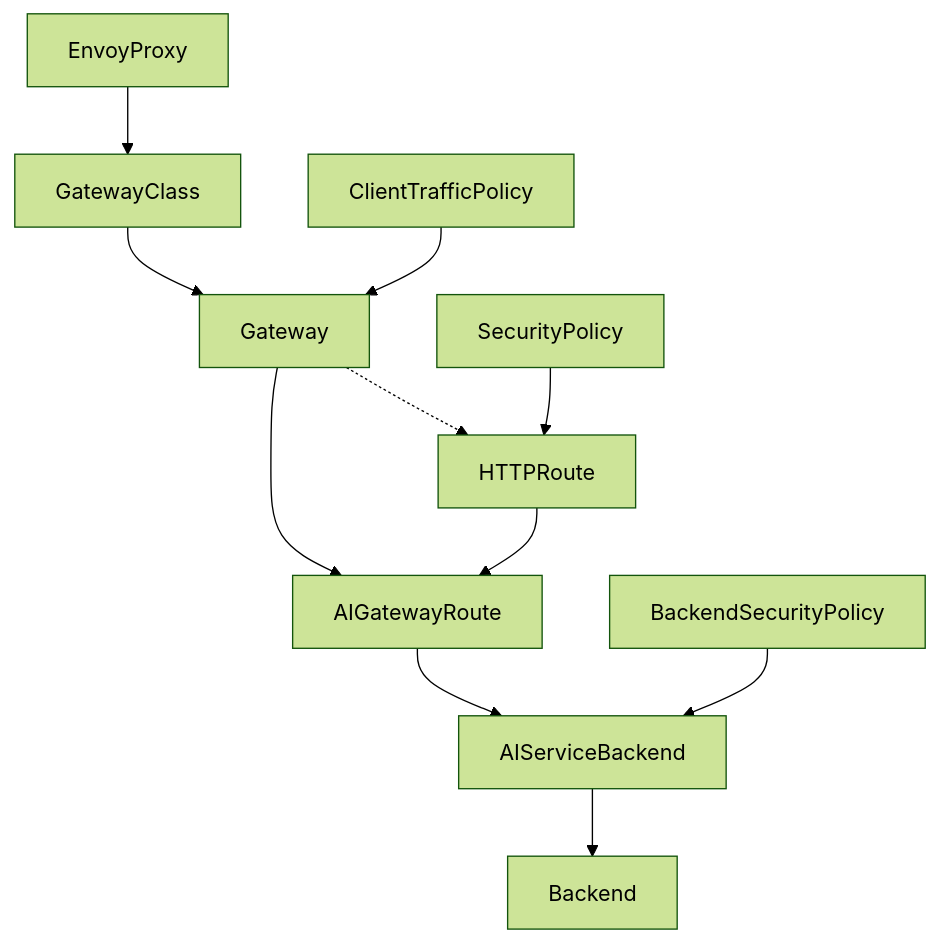
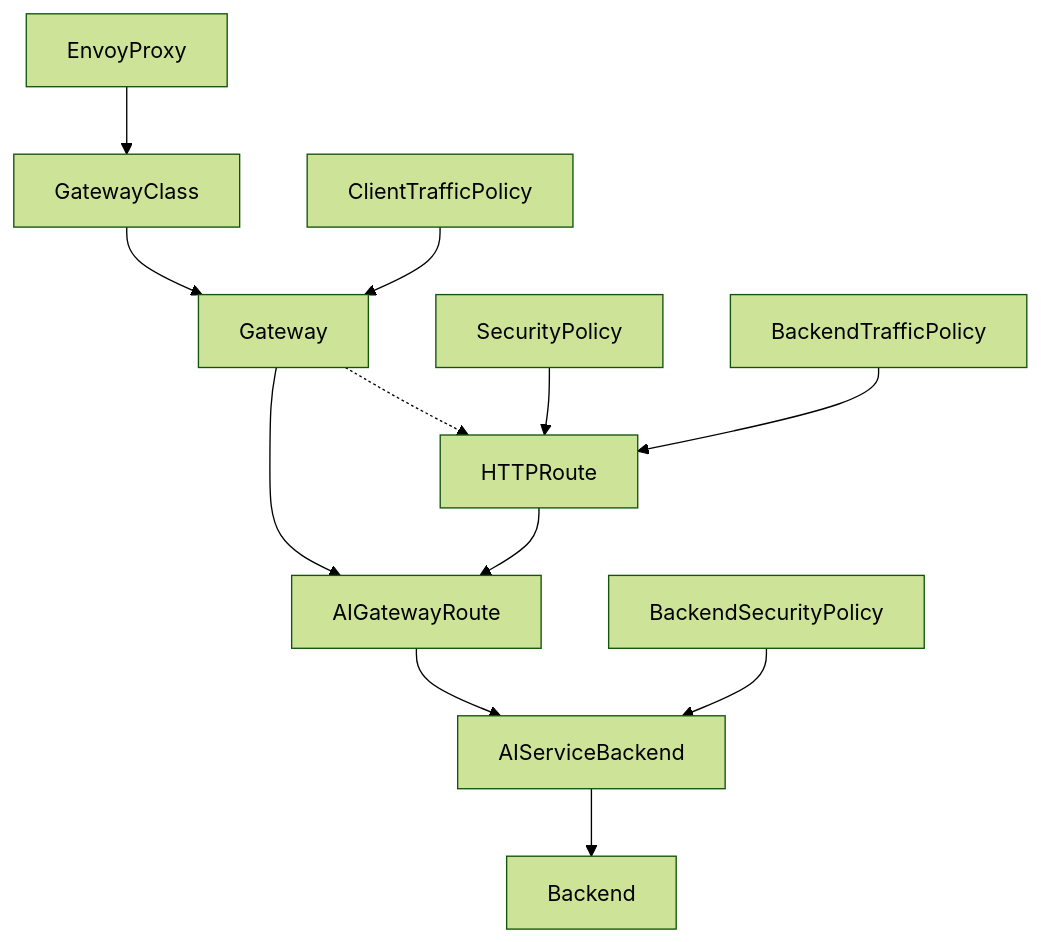
One commit to djw8605/nrp-site changed the diagram in src/content/docs/Documentation/admindocs/ai/managing_models.mdx. Above: the diagram before and after it, drawn with Mermaid (forest theme). The commit also changed other lines of this file, not shown here.

````diff
--- a/src/content/docs/Documentation/admindocs/ai/managing_models.mdx
+++ b/src/content/docs/Documentation/admindocs/ai/managing_models.mdx
@@ -756,24 +756,26 @@
 ```mermaid
 graph TD
     A[EnvoyProxy] --> B[GatewayClass]
     B --> C[Gateway]
     C --> D[AIGatewayRoute]
     I[HTTPRoute] --> D
     C -.-> I
     J[SecurityPolicy] --> I
+    K[BackendTrafficPolicy] --> I
     D --> E[AIServiceBackend]
     E --> F[Backend]
     G[BackendSecurityPolicy] --> E
-    H[ClientTrafficPolicy] --> C[Gateway]
+    H[ClientTrafficPolicy] --> C
 
     click A "https://gateway.envoyproxy.io/docs/api/extension_types/#envoyproxy"
     click B "https://gateway-api.sigs.k8s.io/reference/spec/#gatewayclass"
     click C "https://gateway-api.sigs.k8s.io/reference/spec/#gateway"
     click D "https://aigateway.envoyproxy.io/docs/api/#aigatewayroute"
     click E "https://aigateway.envoyproxy.io/docs/api/#aiservicebackend"
     click F "https://gateway.envoyproxy.io/docs/api/extension_types/#backend"
     click G "https://aigateway.envoyproxy.io/docs/api/#backendsecuritypolicy"
     click H "https://gateway.envoyproxy.io/docs/api/extension_types/#clienttrafficpolicy"
     click I "https://gateway-api.sigs.k8s.io/api-types/httproute/"
     click J "https://gateway.envoyproxy.io/docs/api/extension_types/#securitypolicy"
+    click K "https://gateway.envoyproxy.io/docs/api/extension_types/#backendtrafficpolicy"
 ```
````
